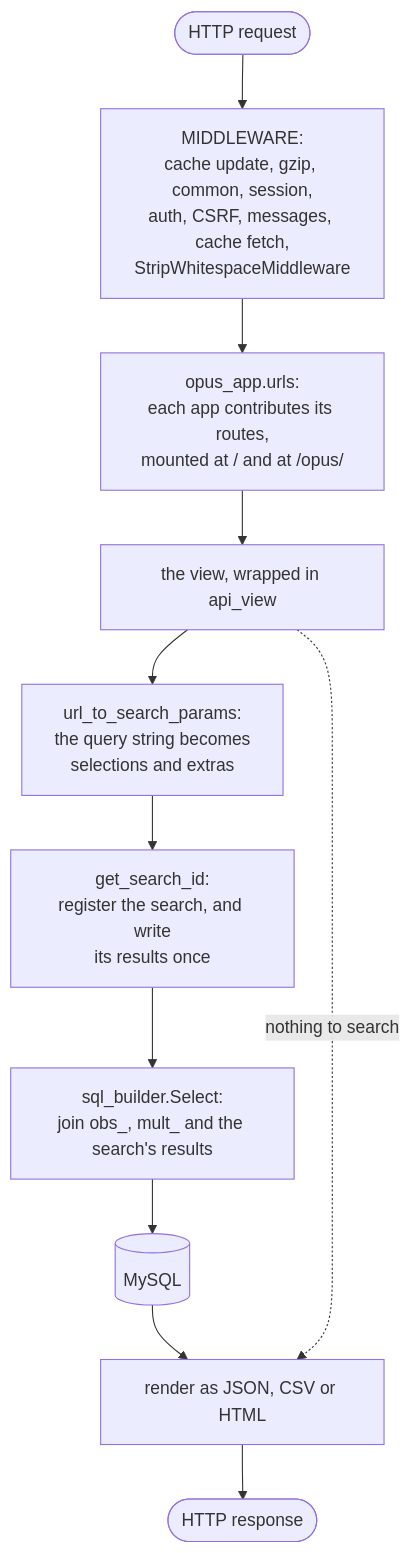
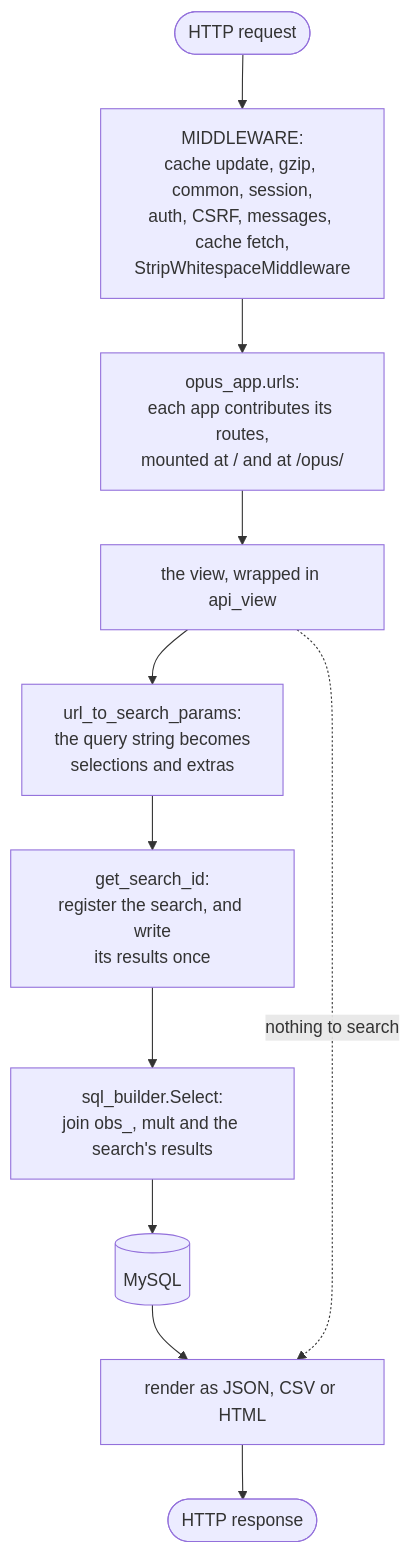
The diagram in docs/dev_guide_webapp_overview.rst (SETI/rms-opus), drawn with Mermaid before and after one commit. The commit also changed other lines of this file and 21 other files, not shown here.

```diff
--- a/docs/dev_guide_webapp_overview.rst
+++ b/docs/dev_guide_webapp_overview.rst
@@ -20,14 +20,14 @@
 .. mermaid::
     :zoom:
 
     flowchart TD
         R([HTTP request]) --> M[MIDDLEWARE:<br/>cache update, gzip, common, session,<br/>auth, CSRF, messages, cache fetch,<br/>StripWhitespaceMiddleware]
         M --> U[opus_app.urls:<br/>each app contributes its routes,<br/>mounted at / and at /opus/]
         U --> V[the view, wrapped in api_view]
         V --> P[url_to_search_params:<br/>the query string becomes<br/>selections and extras]
         P --> Q[get_search_id:<br/>register the search, and write<br/>its results once]
-        Q --> S[sql_builder.Select:<br/>join obs_, mult_ and the search's results]
+        Q --> S[sql_builder.Select:<br/>join obs_, mult and the search's results]
         S --> D[(MySQL)]
         D --> F[render as JSON, CSV or HTML]
         F --> RESP([HTTP response])
         V -.->|nothing to search| F
```
